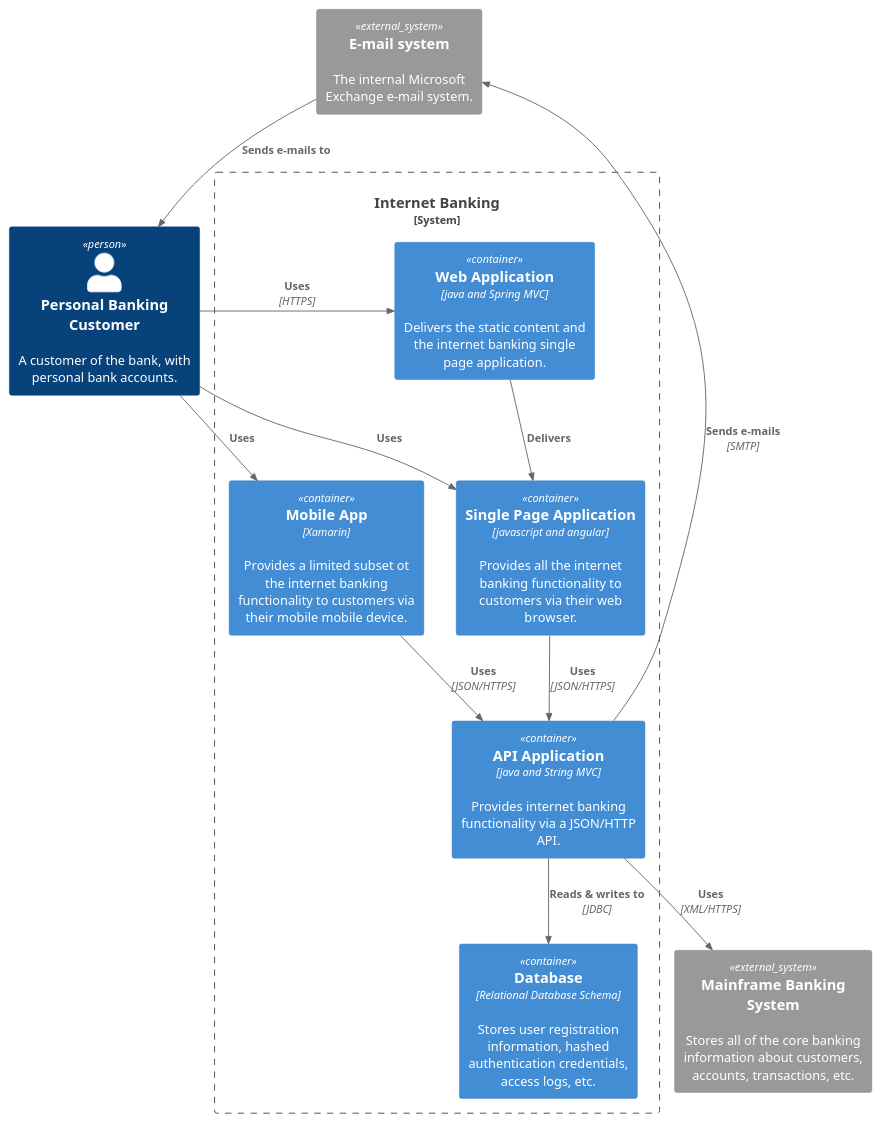
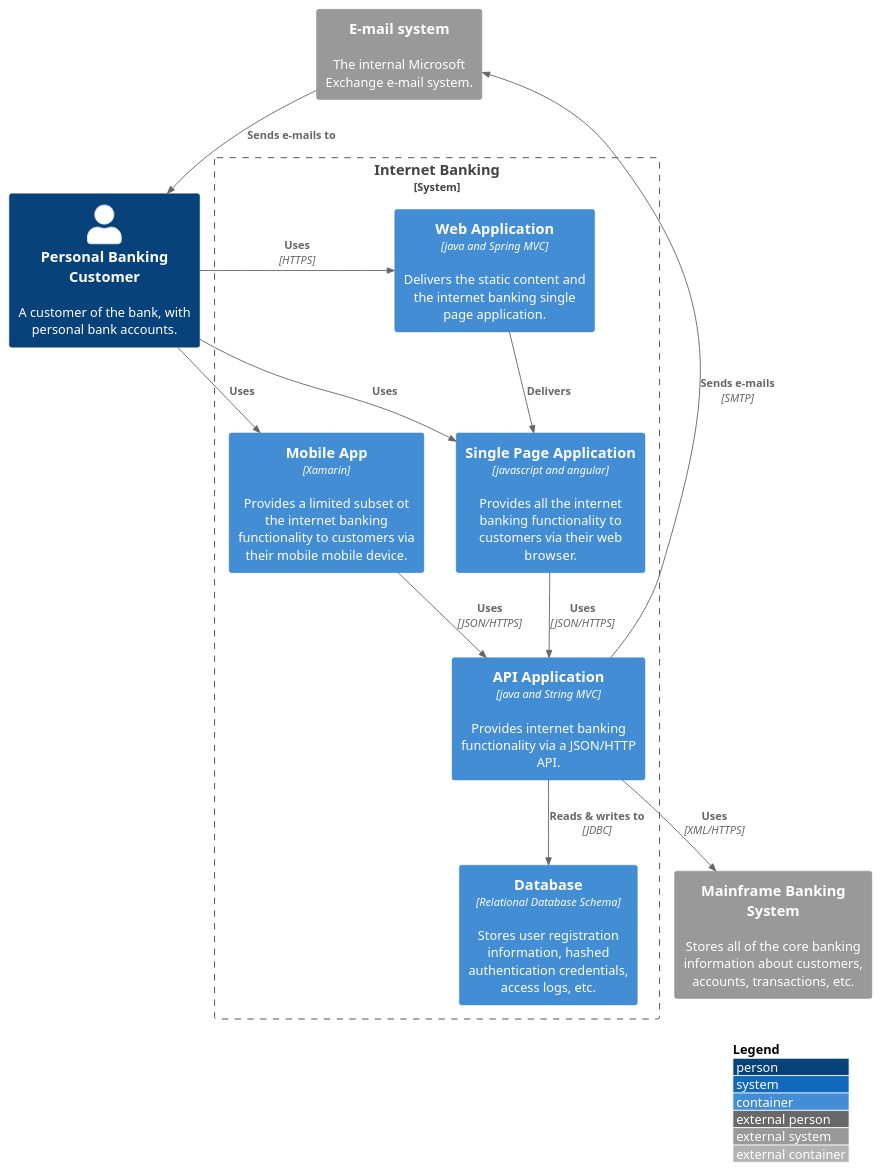
One commit to NathanaelDelfino/TestandoC4BuilderModel changed the diagram in src/1 Internet Banking System/system.puml. Above: the diagram before and after it, drawn with PlantUML. The commit also changed 3 other files, not shown here.

```diff
--- a/src/1 Internet Banking System/system.puml
+++ b/src/1 Internet Banking System/system.puml
@@ -1,29 +1,29 @@
 @startuml Internet Banking System - Container Diagram
 !include https://raw.githubusercontent.com/adrianvlupu/C4-PlantUML/latest/C4_Container.puml
 
 
-
+LAYOUT_WITH_LEGEND()
 
 Person(pbc, "Personal Banking Customer", "A customer of the bank, with personal bank accounts.")
 System_Ext(es, "E-mail system", "The internal Microsoft Exchange e-mail system.")
 System_Ext(mbs, "Mainframe Banking System", "Stores all of the core banking information about customers, accounts, transactions, etc.")
 System_Boundary(ibs, "Internet Banking") {
     Container(wa, "Web Application", "java and Spring MVC", "Delivers the static content and the internet banking single page application.")
     Container(spa, "Single Page Application", "javascript and angular", "Provides all the internet banking functionality to customers via their web browser.")
     Container(ma, "Mobile App", "Xamarin", "Provides a limited subset ot the internet banking functionality to customers via their mobile mobile device.")
     Container(db, "Database", "Relational Database Schema", "Stores user registration information, hashed authentication credentials, access logs, etc.")
     Container(api, "API Application", "java and String MVC", "Provides internet banking functionality via a JSON/HTTP API.")
 
     Rel(api, es, "Sends e-mails", "SMTP")
     Rel(api, mbs, "Uses", "XML/HTTPS")
     Rel(api, db, "Reads & writes to", "JDBC")
     Rel(wa, spa, "Delivers")
     Rel(spa, api, "Uses", "JSON/HTTPS")
     Rel(ma, api, "Uses", "JSON/HTTPS")
 }
 
 Rel(pbc, wa, "Uses", "HTTPS")
 Rel(pbc, spa, "Uses")
 Rel(pbc, ma, "Uses")
 Rel(es, pbc, "Sends e-mails to")
 @enduml
```
